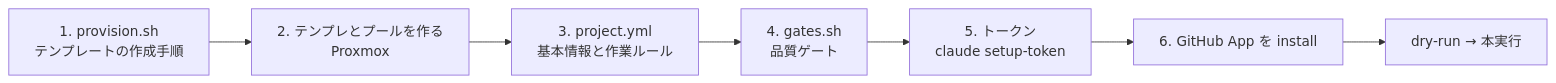
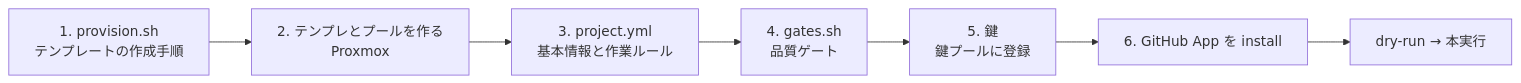
Before and after one commit to akkijp-oss/aifactory: the diagram in website/content/ja/guides/add-project.md, drawn with Mermaid. The commit also changed other lines of this file and 62 other files, not shown here.

````diff
--- a/website/content/ja/guides/add-project.md
+++ b/website/content/ja/guides/add-project.md
@@ -9,9 +9,9 @@
 ```mermaid
 flowchart LR
   A[1. provision.sh<br>テンプレートの作成手順] --> B[2. テンプレとプールを作る<br>Proxmox]
   B --> C[3. project.yml<br>基本情報と作業ルール]
   C --> D[4. gates.sh<br>品質ゲート]
-  D --> E[5. トークン<br>claude setup-token]
+  D --> E[5. 鍵<br>鍵プールに登録]
   E --> F[6. GitHub App を install]
   F --> G[dry-run → 本実行]
 ```
````
